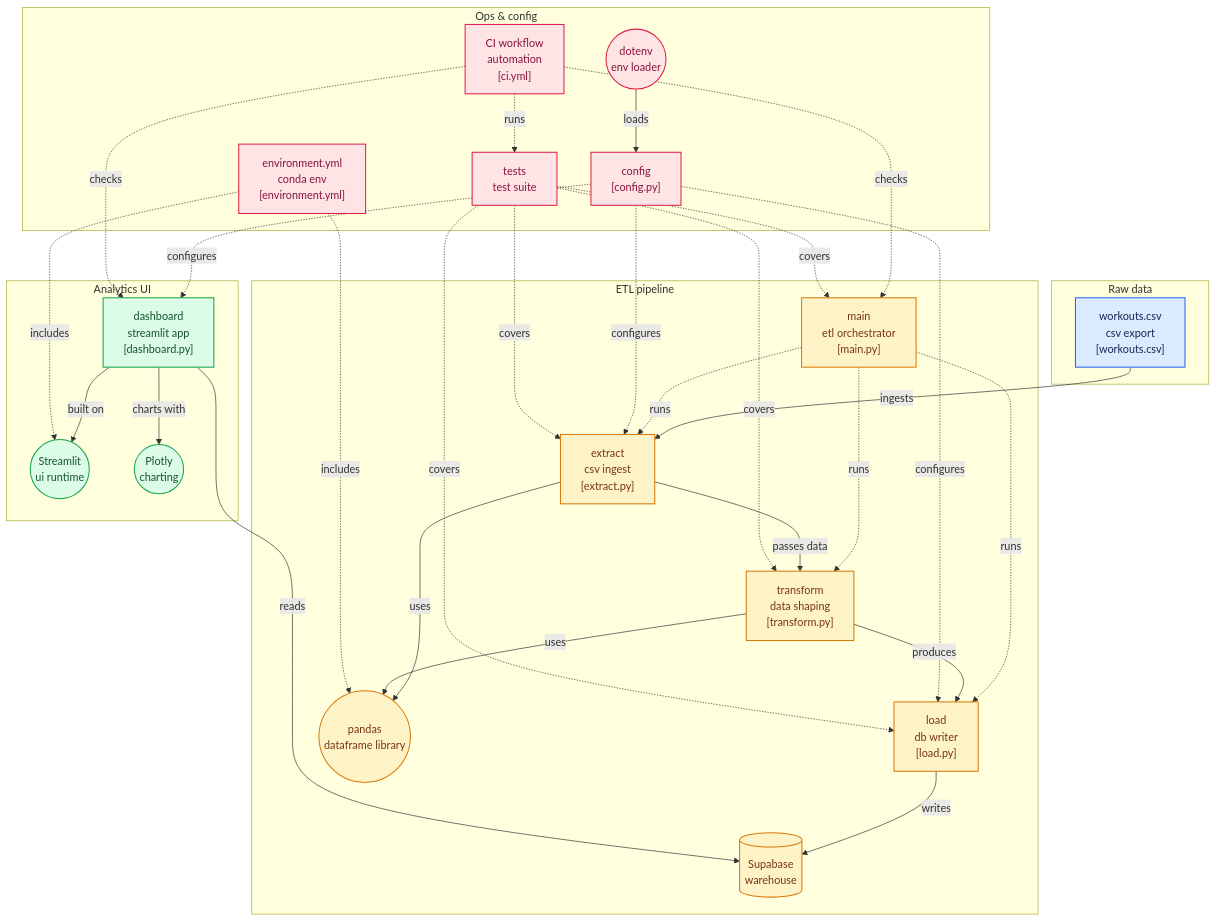
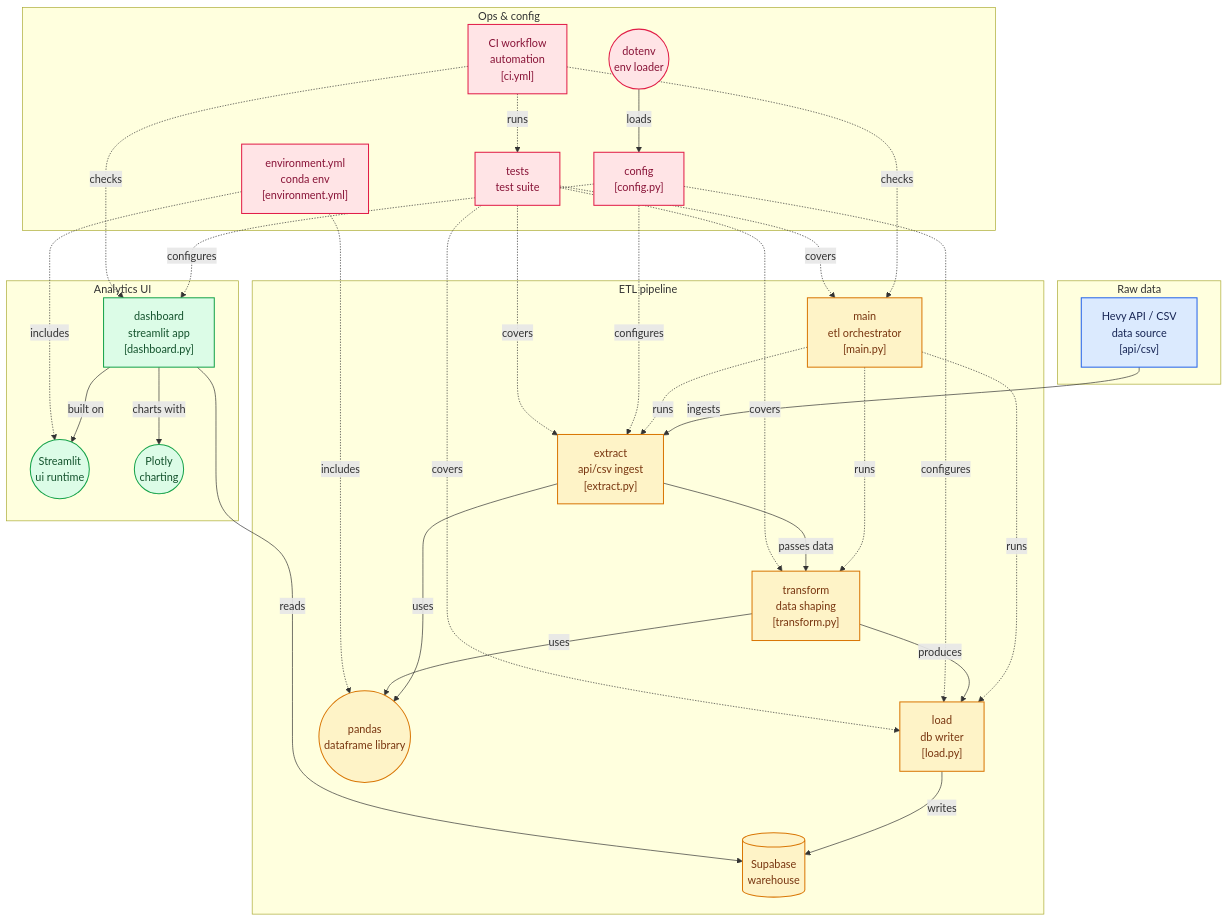
One commit to ahmed-abdelwahed1/hevy-flow changed the second of 2 diagrams in README.md. Above: the diagram before and after it, drawn with Mermaid. The commit also changed other lines of this file, not shown here.

Commit message:
docs: update README for API integration and GitHub Actions automation

````diff
--- a/README.md
+++ b/README.md
@@ -51,78 +51,78 @@
 ```mermaid
 flowchart TD
 
 subgraph group_g_raw["Raw data"]
-  node_n_raw_csv["workouts.csv<br/>csv export<br/>[workouts.csv]"]
+  node_n_raw_csv["Hevy API / CSV<br/>data source<br/>[api/csv]"]
 end
 
 subgraph group_g_etl["ETL pipeline"]
   node_n_main["main<br/>etl orchestrator<br/>[main.py]"]
-  node_n_extract["extract<br/>csv ingest<br/>[extract.py]"]
+  node_n_extract["extract<br/>api/csv ingest<br/>[extract.py]"]
   node_n_transform["transform<br/>data shaping<br/>[transform.py]"]
   node_n_load["load<br/>db writer<br/>[load.py]"]
   node_n_pandas(("pandas<br/>dataframe library"))
   node_n_supabase[("Supabase<br/>warehouse")]
 end
 
 subgraph group_g_app["Analytics UI"]
   node_n_dashboard["dashboard<br/>streamlit app<br/>[dashboard.py]"]
   node_n_streamlit(("Streamlit<br/>ui runtime"))
   node_n_plotly(("Plotly<br/>charting"))
 end
 
 subgraph group_g_ops["Ops & config"]
   node_n_config["config<br/>[config.py]"]
   node_n_dotenv(("dotenv<br/>env loader"))
   node_n_env["environment.yml<br/>conda env<br/>[environment.yml]"]
   node_n_ci["CI workflow<br/>automation<br/>[ci.yml]"]
   node_n_tests["tests<br/>test suite"]
 end
 
 node_n_raw_csv -->|"ingests"| node_n_extract
 node_n_main -.->|"runs"| node_n_extract
 node_n_main -.->|"runs"| node_n_transform
 node_n_main -.->|"runs"| node_n_load
 node_n_extract -->|"uses"| node_n_pandas
 node_n_extract -->|"passes data"| node_n_transform
 node_n_transform -->|"uses"| node_n_pandas
 node_n_transform -->|"produces"| node_n_load
 node_n_load -->|"writes"| node_n_supabase
 node_n_dashboard -->|"reads"| node_n_supabase
 node_n_dashboard -->|"built on"| node_n_streamlit
 node_n_dashboard -->|"charts with"| node_n_plotly
 node_n_config -.->|"configures"| node_n_extract
 node_n_config -.->|"configures"| node_n_load
 node_n_config -.->|"configures"| node_n_dashboard
 node_n_dotenv -->|"loads"| node_n_config
 node_n_env -.->|"includes"| node_n_pandas
 node_n_env -.->|"includes"| node_n_streamlit
 node_n_ci -.->|"runs"| node_n_tests
 node_n_ci -.->|"checks"| node_n_main
 node_n_ci -.->|"checks"| node_n_dashboard
 node_n_tests -.->|"covers"| node_n_extract
 node_n_tests -.->|"covers"| node_n_transform
 node_n_tests -.->|"covers"| node_n_load
 node_n_tests -.->|"covers"| node_n_main
 
 click node_n_raw_csv "https://github.com/ahmed-abdelwahed1/hevy-flow/blob/main/data/workouts.csv"
 click node_n_main "https://github.com/ahmed-abdelwahed1/hevy-flow/blob/main/main.py"
 click node_n_extract "https://github.com/ahmed-abdelwahed1/hevy-flow/blob/main/etl/extract.py"
 click node_n_transform "https://github.com/ahmed-abdelwahed1/hevy-flow/blob/main/etl/transform.py"
 click node_n_load "https://github.com/ahmed-abdelwahed1/hevy-flow/blob/main/etl/load.py"
 click node_n_dashboard "https://github.com/ahmed-abdelwahed1/hevy-flow/blob/main/dashboard.py"
 click node_n_config "https://github.com/ahmed-abdelwahed1/hevy-flow/blob/main/config.py"
 click node_n_env "https://github.com/ahmed-abdelwahed1/hevy-flow/blob/main/environment.yml"
 click node_n_ci "https://github.com/ahmed-abdelwahed1/hevy-flow/blob/main/.github/workflows/ci.yml"
 
 classDef toneNeutral fill:#f8fafc,stroke:#334155,stroke-width:1.5px,color:#0f172a
 classDef toneBlue fill:#dbeafe,stroke:#2563eb,stroke-width:1.5px,color:#172554
 classDef toneAmber fill:#fef3c7,stroke:#d97706,stroke-width:1.5px,color:#78350f
 classDef toneMint fill:#dcfce7,stroke:#16a34a,stroke-width:1.5px,color:#14532d
 classDef toneRose fill:#ffe4e6,stroke:#e11d48,stroke-width:1.5px,color:#881337
 classDef toneIndigo fill:#e0e7ff,stroke:#4f46e5,stroke-width:1.5px,color:#312e81
 classDef toneTeal fill:#ccfbf1,stroke:#0f766e,stroke-width:1.5px,color:#134e4a
 class node_n_raw_csv toneBlue
 class node_n_main,node_n_extract,node_n_transform,node_n_load,node_n_pandas,node_n_supabase toneAmber
 class node_n_dashboard,node_n_streamlit,node_n_plotly toneMint
 class node_n_config,node_n_dotenv,node_n_env,node_n_ci,node_n_tests toneRose
 ```
````
